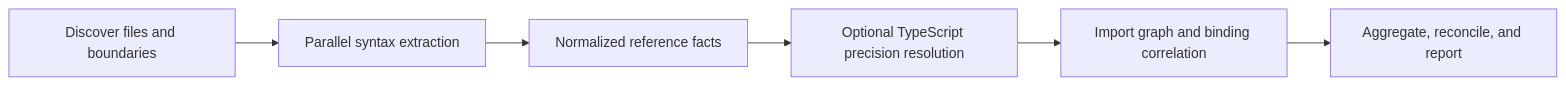
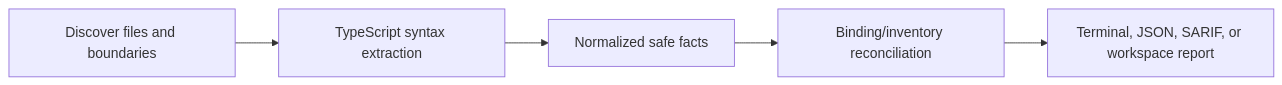
One commit to jlsegb/secret-reference-inventory changed the diagram in SPEC.md. Above: the diagram before and after it, drawn with Mermaid. The commit also changed other lines of this file and 96 other files, not shown here.

First line of the commit message:
Add local workspace secret usage inventory (#1)

```diff
--- a/SPEC.md
+++ b/SPEC.md
@@ -343,8 +348,7 @@
 ~~~mermaid
 flowchart LR
-  A["Discover files and boundaries"] --> B["Parallel syntax extraction"]
-  B --> C["Normalized reference facts"]
-  C --> D["Optional TypeScript precision resolution"]
-  D --> E["Import graph and binding correlation"]
-  E --> F["Aggregate, reconcile, and report"]
+  A["Discover files and boundaries"] --> B["TypeScript syntax extraction"]
+  B --> C["Normalized safe facts"]
+  C --> D["Binding/inventory reconciliation"]
+  D --> E["Terminal, JSON, SARIF, or workspace report"]
 ~~~
```
